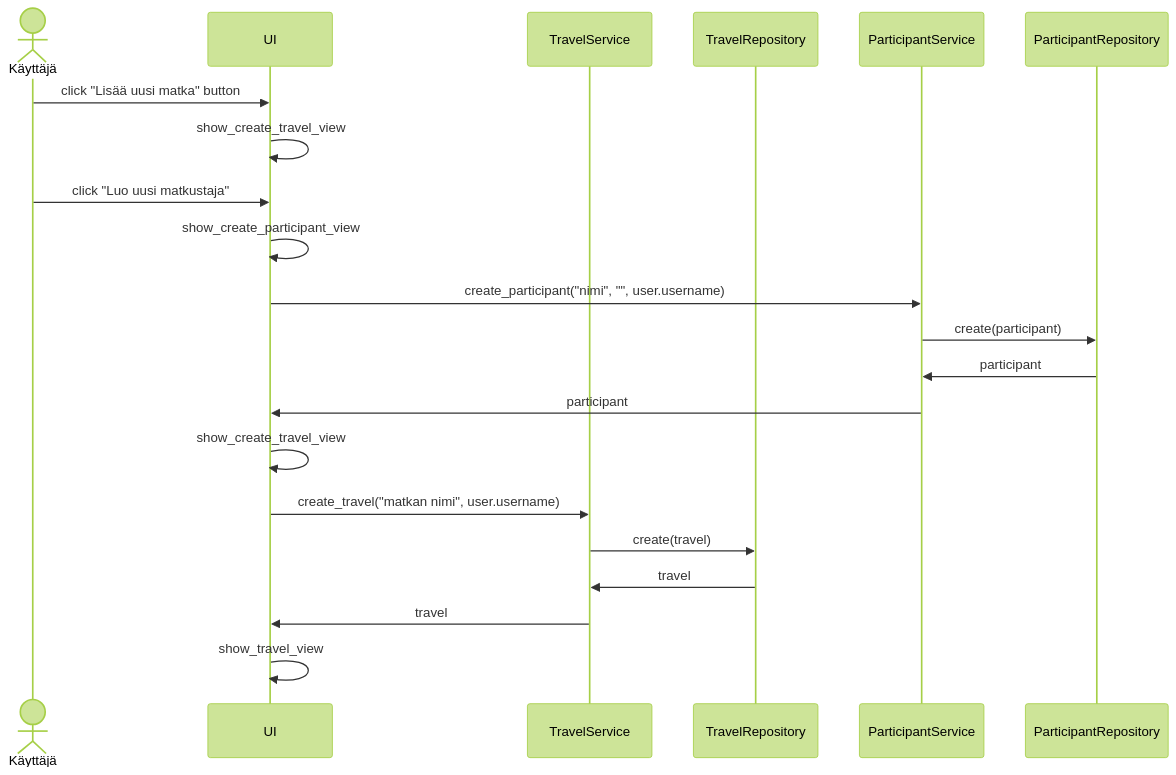
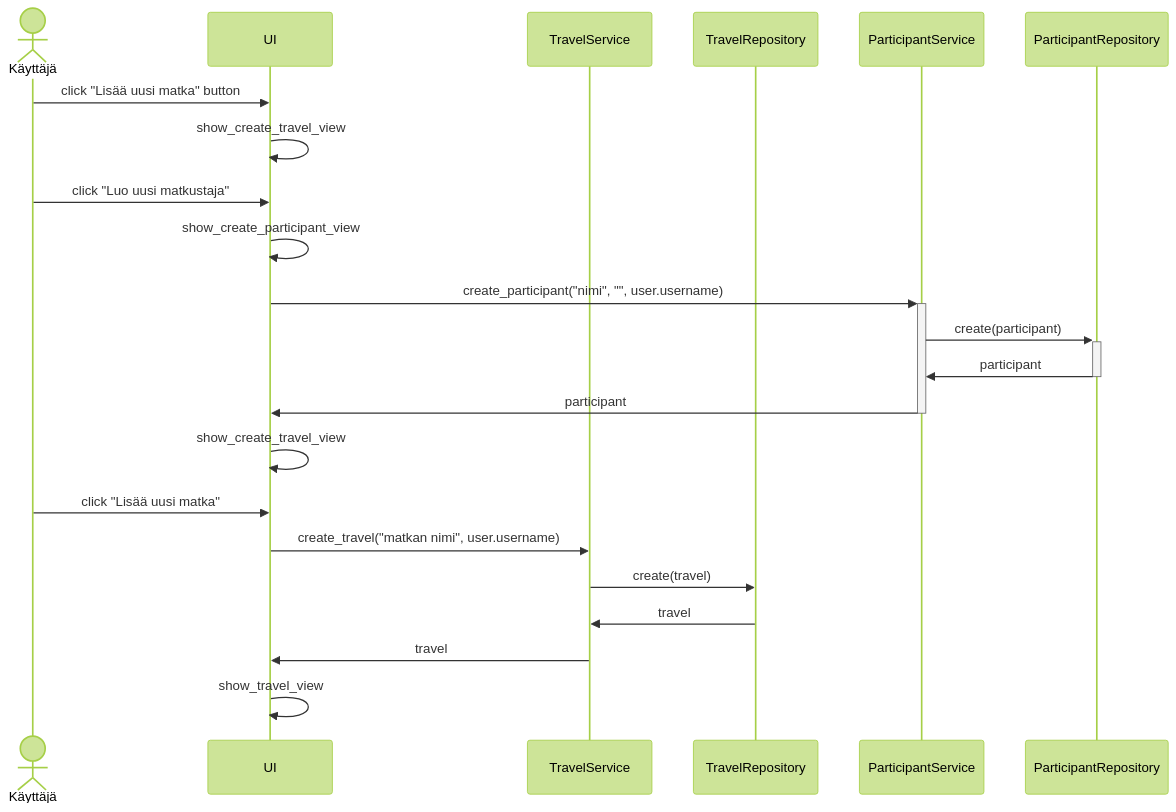
The second of 2 diagrams in travel-expense-calculator-app/dokumentaatio/arkkitehtuuri.md (phuvio/ot-harjoitustyo), drawn with Mermaid (forest theme) before and after one commit. The commit also changed other lines of this file, not shown here.

````diff
--- a/travel-expense-calculator-app/dokumentaatio/arkkitehtuuri.md
+++ b/travel-expense-calculator-app/dokumentaatio/arkkitehtuuri.md
@@ -45,24 +45,25 @@
 ```mermaid
  sequenceDiagram
    Actor K as Käyttäjä
    participant U as UI
    participant T as TravelService
    participant TR as TravelRepository
    participant P as ParticipantService
    participant PR as ParticipantRepository
    K->>U: click "Lisää uusi matka" button
    U->>U: show_create_travel_view
    K->>U: click "Luo uusi matkustaja"
    U->>U: show_create_participant_view
-   U->>P: create_participant("nimi", "", user.username)
-   P->>PR: create(participant)
-   PR->>P: participant
-   P->>U: participant
+   U->>+P: create_participant("nimi", "", user.username)
+   P->>+PR: create(participant)
+   PR->>-P: participant
+   P->>-U: participant
    U->>U: show_create_travel_view
+   K->>U: click "Lisää uusi matka"
    U->>T: create_travel("matkan nimi", user.username)
    T->>TR: create(travel)
    TR->>T: travel
    T->>U: travel
    U->>U: show_travel_view
 
 ```
````
